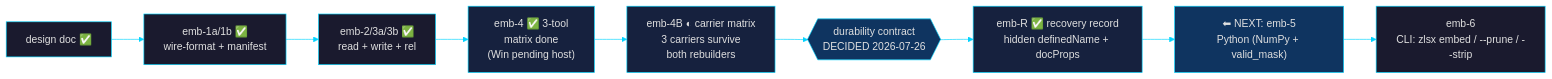
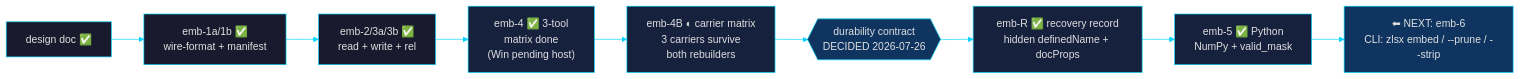
One commit to laurentfabre/zlsx changed the diagram in goal.md. Above: the diagram before and after it, drawn with Mermaid. The commit also changed other lines of this file and 13 other files, not shown here.

````diff
--- a/goal.md
+++ b/goal.md
@@ -28,17 +28,18 @@
 ```mermaid
 %%{init: {'theme': 'base', 'themeVariables': {'primaryColor': '#1a1a2e', 'primaryTextColor': '#e0e0e0', 'primaryBorderColor': '#00d4ff', 'lineColor': '#00d4ff', 'secondaryColor': '#16213e', 'tertiaryColor': '#0f3460', 'fontFamily': 'monospace'}}}%%
 graph LR
     D["design doc ✅"] --> E1["emb-1a/1b ✅<br/>wire-format + manifest"]
     E1 --> E2["emb-2/3a/3b ✅<br/>read + write + rel"]
     E2 --> E4["emb-4 ✅ 3-tool<br/>matrix done<br/>(Win pending host)"]
     E4 --> E4B["emb-4B ◐ carrier matrix<br/>3 carriers survive<br/>both rebuilders"]
     E4B --> DEC{{"durability contract<br/>DECIDED 2026-07-26"}}
     DEC --> ER["emb-R ✅ recovery record<br/>hidden definedName + docProps"]
-    ER --> E5["⬅ NEXT: emb-5<br/>Python (NumPy + valid_mask)"]
-    E5 --> E6["emb-6<br/>CLI: zlsx embed / --prune / --strip"]
+    ER --> E5["emb-5 ✅ Python<br/>NumPy + valid_mask"]
+    E5 --> E6["⬅ NEXT: emb-6<br/>CLI: zlsx embed / --prune / --strip"]
     style E4 fill:#16213e
     style E4B fill:#16213e
     style DEC fill:#0f3460
     style ER fill:#16213e
-    style E5 fill:#0f3460
+    style E5 fill:#16213e
+    style E6 fill:#0f3460
 ```
````
